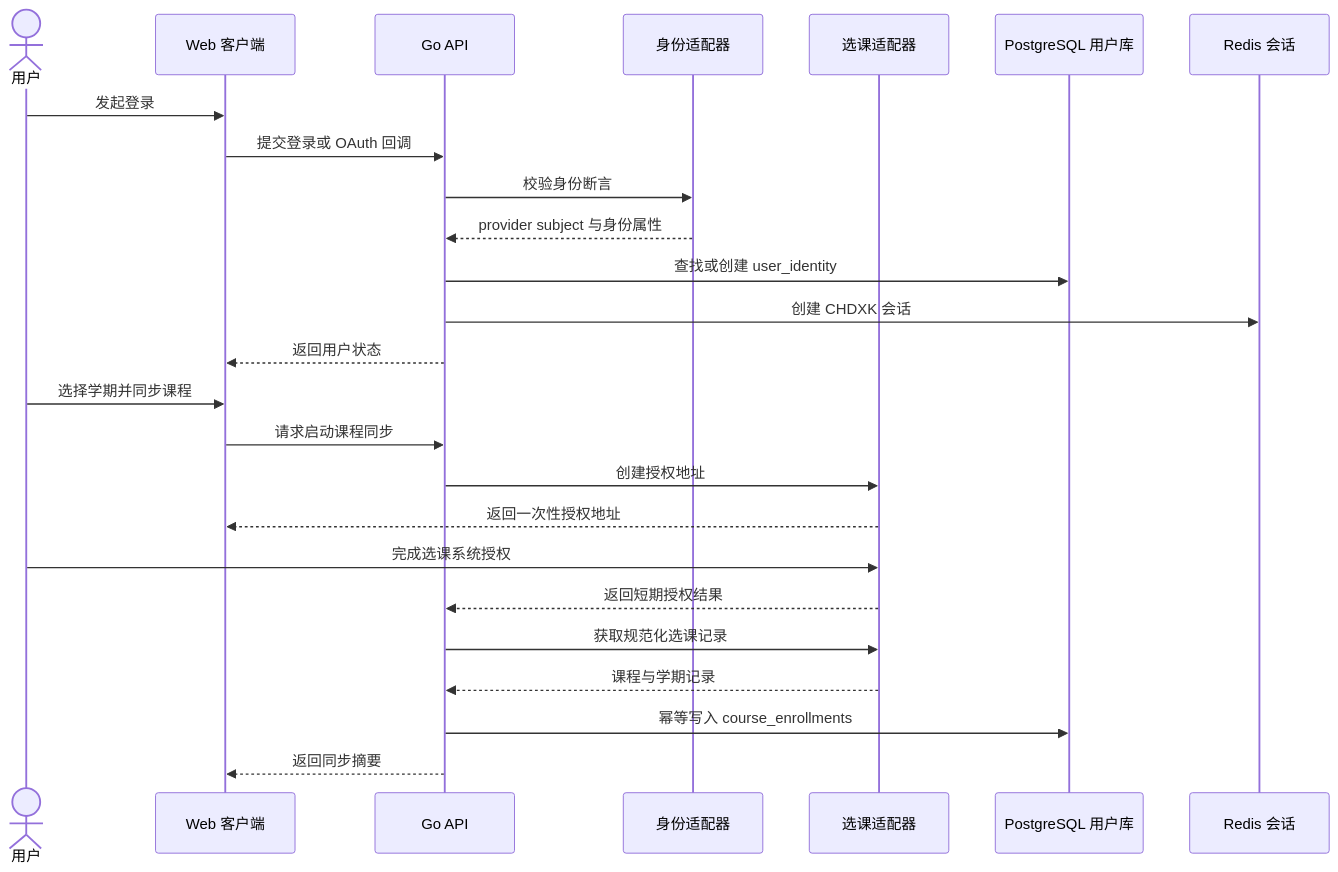
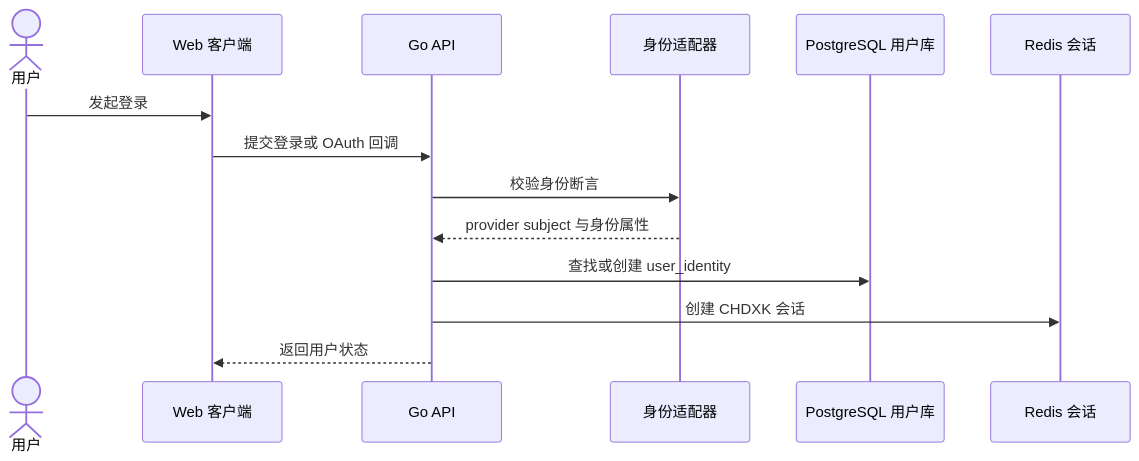
Before and after one commit to RinnMoe/CHDXK: the second of 4 diagrams in docs/CHDXK-localization-design.md, drawn with Mermaid. The commit also changed other lines of this file and 59 other files, not shown here.

````diff
--- a/docs/CHDXK-localization-design.md
+++ b/docs/CHDXK-localization-design.md
@@ -528,32 +536,20 @@
 ```mermaid
 sequenceDiagram
-    accTitle: CHDXK 认证与选课同步边界
-    accDescr: 站点登录先建立 CHDXK 内部账号和会话；选课同步单独调用选课身份适配器，避免把外部教务身份直接等同于站点身份。
+    accTitle: CHDXK 认证与业务数据边界
+    accDescr: 站点登录先建立 CHDXK 内部账号和会话；课程数据由独立采集工具进入现有导入流程，不通过站点在线课表同步。
 
     actor learner as 用户
     participant web_client as Web 客户端
     participant web_api as Go API
     participant identity_adapter as 身份适配器
-    participant enrollment_adapter as 选课适配器
     participant user_database as PostgreSQL 用户库
     participant session_store as Redis 会话
 
     learner->>web_client: 发起登录
     web_client->>web_api: 提交登录或 OAuth 回调
     web_api->>identity_adapter: 校验身份断言
     identity_adapter-->>web_api: provider subject 与身份属性
     web_api->>user_database: 查找或创建 user_identity
     web_api->>session_store: 创建 CHDXK 会话
     web_api-->>web_client: 返回用户状态
-
-    learner->>web_client: 选择学期并同步课程
-    web_client->>web_api: 请求启动课程同步
-    web_api->>enrollment_adapter: 创建授权地址
-    enrollment_adapter-->>web_client: 返回一次性授权地址
-    learner->>enrollment_adapter: 完成选课系统授权
-    enrollment_adapter-->>web_api: 返回短期授权结果
-    web_api->>enrollment_adapter: 获取规范化选课记录
-    enrollment_adapter-->>web_api: 课程与学期记录
-    web_api->>user_database: 幂等写入 course_enrollments
-    web_api-->>web_client: 返回同步摘要
 ```
````
